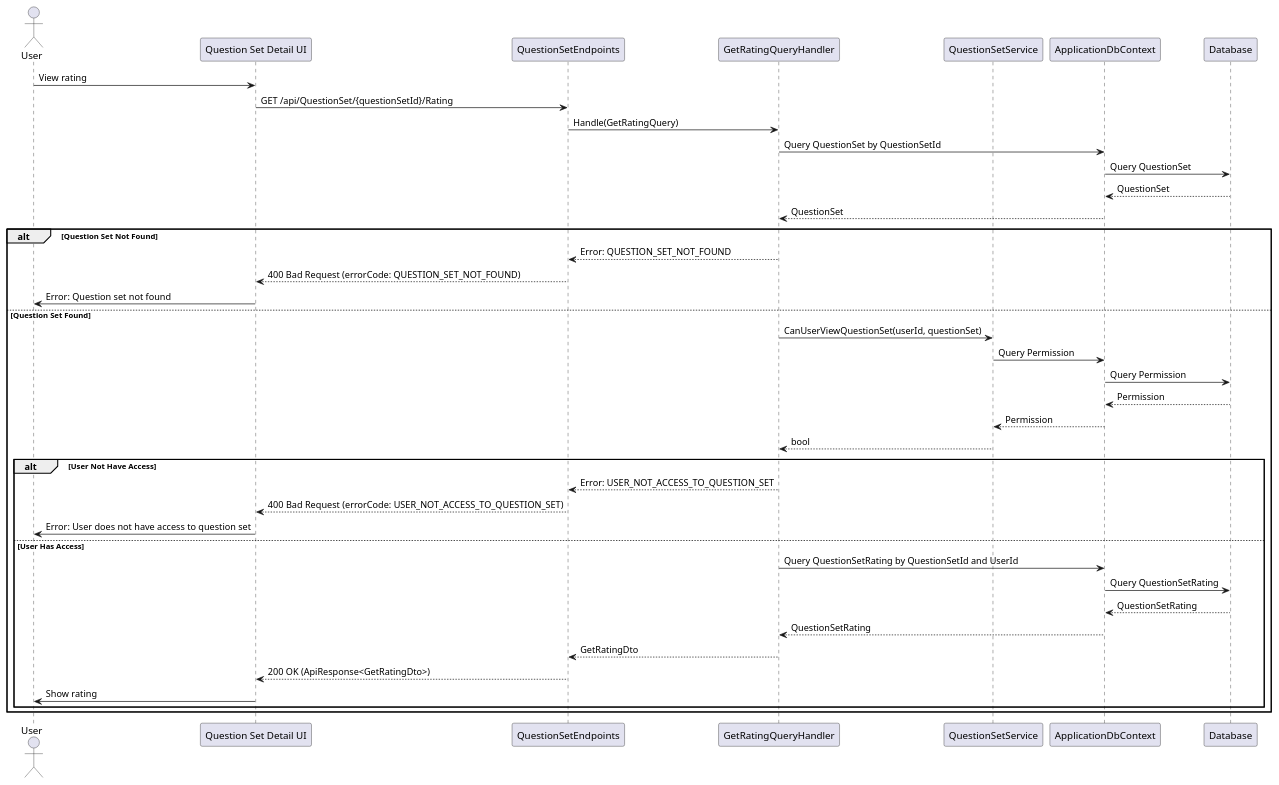
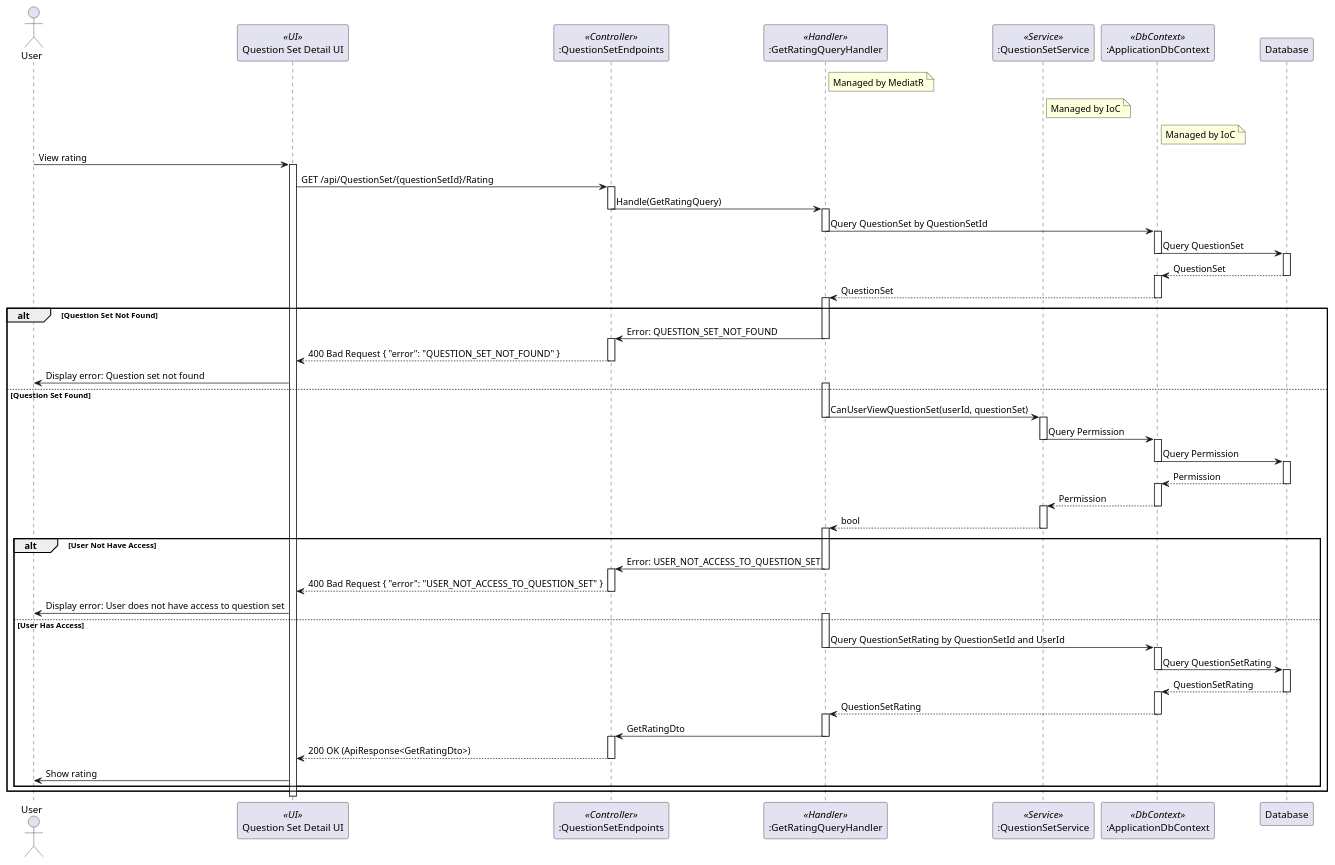
Before and after one commit to thanhkhac/SEP_Diagram: the diagram in QuestionSets/Sequence/GetRatingQuery.puml, drawn with PlantUML. The commit also changed 23 other files, not shown here.

Commit message:
Enhance sequence diagrams for QuestionSet and TestTemplate

```diff
--- a/QuestionSets/Sequence/GetRatingQuery.puml
+++ b/QuestionSets/Sequence/GetRatingQuery.puml
@@ -1,42 +1,99 @@
 @startuml
 actor User
-participant "Question Set Detail UI" as UI
-participant QuestionSetEndpoints
-participant GetRatingQueryHandler as Handler
-participant QuestionSetService
-participant ApplicationDbContext
+participant "Question Set Detail UI" as UI <<UI>>
+participant ":QuestionSetEndpoints" as QuestionSetEndpoints <<Controller>>
+participant ":GetRatingQueryHandler" as GetRatingQueryHandler <<Handler>>
+participant ":QuestionSetService" as QuestionSetService <<Service>>
+participant ":ApplicationDbContext" as ApplicationDbContext <<DbContext>>
 participant Database
 
+note right of GetRatingQueryHandler
+  Managed by MediatR
+end note
+
+note right of QuestionSetService
+  Managed by IoC
+end note
+
+note right of ApplicationDbContext
+  Managed by IoC
+end note
+
 User -> UI : View rating
+activate UI
 UI -> QuestionSetEndpoints : GET /api/QuestionSet/{questionSetId}/Rating
-QuestionSetEndpoints -> Handler : Handle(GetRatingQuery)
-Handler -> ApplicationDbContext : Query QuestionSet by QuestionSetId
+activate QuestionSetEndpoints
+QuestionSetEndpoints -> GetRatingQueryHandler : Handle(GetRatingQuery)
+deactivate QuestionSetEndpoints
+activate GetRatingQueryHandler
+GetRatingQueryHandler -> ApplicationDbContext : Query QuestionSet by QuestionSetId
+deactivate GetRatingQueryHandler
+activate ApplicationDbContext
 ApplicationDbContext -> Database : Query QuestionSet
+deactivate ApplicationDbContext
+activate Database
 Database --> ApplicationDbContext : QuestionSet
-ApplicationDbContext --> Handler : QuestionSet
+deactivate Database
+activate ApplicationDbContext
+ApplicationDbContext --> GetRatingQueryHandler : QuestionSet
+deactivate ApplicationDbContext
+activate GetRatingQueryHandler
 alt Question Set Not Found
-    Handler --> QuestionSetEndpoints : Error: QUESTION_SET_NOT_FOUND
-    QuestionSetEndpoints --> UI : 400 Bad Request (errorCode: QUESTION_SET_NOT_FOUND)
-    UI -> User : Error: Question set not found
+    GetRatingQueryHandler -> QuestionSetEndpoints : Error: QUESTION_SET_NOT_FOUND
+    deactivate GetRatingQueryHandler
+    activate QuestionSetEndpoints
+    QuestionSetEndpoints --> UI : 400 Bad Request { "error": "QUESTION_SET_NOT_FOUND" }
+    deactivate QuestionSetEndpoints
+    UI -> User : Display error: Question set not found
 else Question Set Found
-    Handler -> QuestionSetService : CanUserViewQuestionSet(userId, questionSet)
+    activate GetRatingQueryHandler
+    GetRatingQueryHandler -> QuestionSetService : CanUserViewQuestionSet(userId, questionSet)
+    deactivate GetRatingQueryHandler
+    activate QuestionSetService
     QuestionSetService -> ApplicationDbContext : Query Permission
+    deactivate QuestionSetService
+    activate ApplicationDbContext
     ApplicationDbContext -> Database : Query Permission
+    deactivate ApplicationDbContext
+    activate Database
     Database --> ApplicationDbContext : Permission
+    deactivate Database
+    activate ApplicationDbContext
     ApplicationDbContext --> QuestionSetService : Permission
-    QuestionSetService --> Handler : bool
+    deactivate ApplicationDbContext
+    activate QuestionSetService
+    QuestionSetService --> GetRatingQueryHandler : bool
+    deactivate QuestionSetService
+    activate GetRatingQueryHandler
     alt User Not Have Access
-        Handler --> QuestionSetEndpoints : Error: USER_NOT_ACCESS_TO_QUESTION_SET
-        QuestionSetEndpoints --> UI : 400 Bad Request (errorCode: USER_NOT_ACCESS_TO_QUESTION_SET)
-        UI -> User : Error: User does not have access to question set
+        GetRatingQueryHandler -> QuestionSetEndpoints : Error: USER_NOT_ACCESS_TO_QUESTION_SET
+        deactivate GetRatingQueryHandler
+        activate QuestionSetEndpoints
+        QuestionSetEndpoints --> UI : 400 Bad Request { "error": "USER_NOT_ACCESS_TO_QUESTION_SET" }
+        deactivate QuestionSetEndpoints
+        UI -> User : Display error: User does not have access to question set
     else User Has Access
-        Handler -> ApplicationDbContext : Query QuestionSetRating by QuestionSetId and UserId
+        activate GetRatingQueryHandler
+        GetRatingQueryHandler -> ApplicationDbContext : Query QuestionSetRating by QuestionSetId and UserId
+        deactivate GetRatingQueryHandler
+        activate ApplicationDbContext
         ApplicationDbContext -> Database : Query QuestionSetRating
+        deactivate ApplicationDbContext
+        activate Database
         Database --> ApplicationDbContext : QuestionSetRating
-        ApplicationDbContext --> Handler : QuestionSetRating
-        Handler --> QuestionSetEndpoints : GetRatingDto
+        deactivate Database
+        activate ApplicationDbContext
+        ApplicationDbContext --> GetRatingQueryHandler : QuestionSetRating
+        deactivate ApplicationDbContext
+        activate GetRatingQueryHandler
+        GetRatingQueryHandler -> QuestionSetEndpoints : GetRatingDto
+        deactivate GetRatingQueryHandler
+        activate QuestionSetEndpoints
         QuestionSetEndpoints --> UI : 200 OK (ApiResponse<GetRatingDto>)
+        deactivate QuestionSetEndpoints
         UI -> User : Show rating
     end
 end
+deactivate UI
+
 @enduml
```
